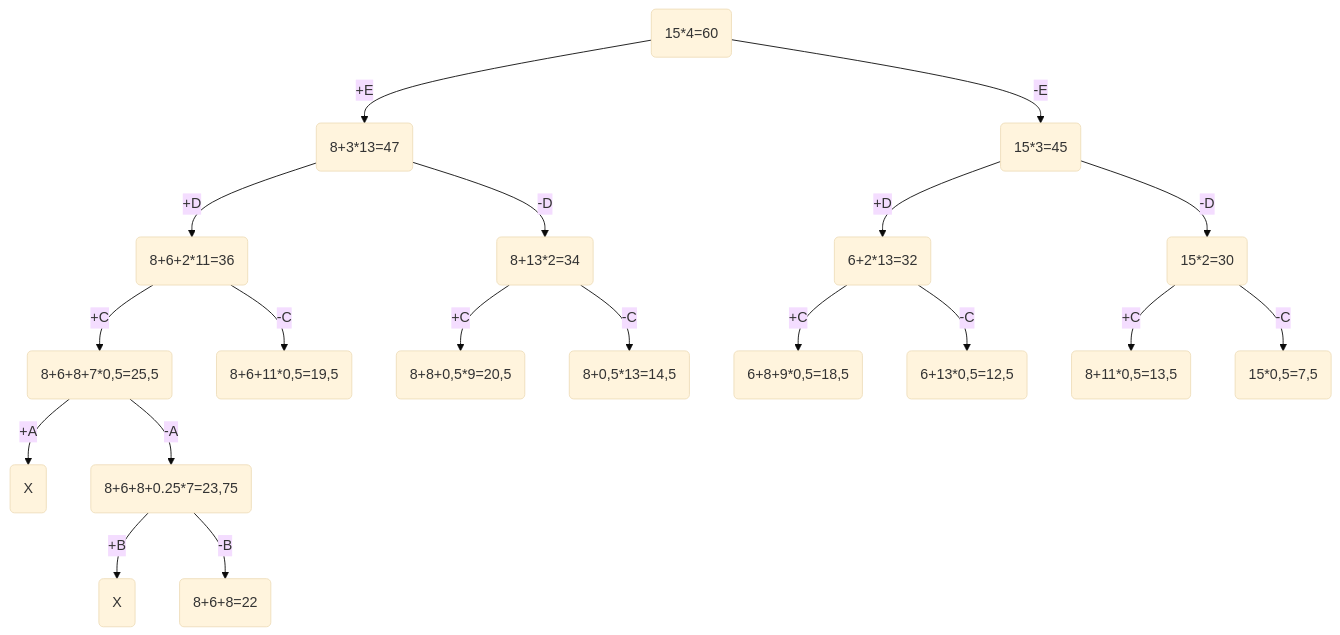
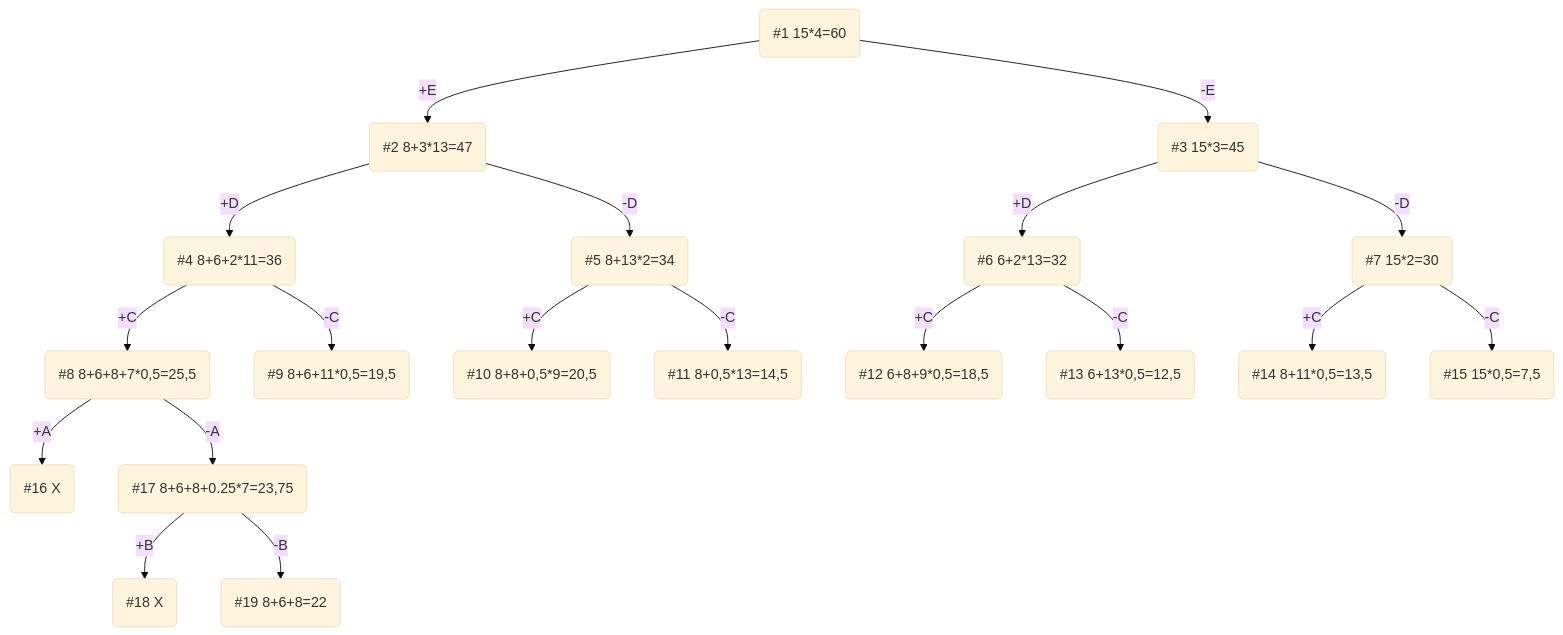
The diagram in task-11/thatsall.md (hse-algo-24-raven/manual-tasks-raven), drawn with Mermaid (base theme) before and after one commit.

Commit message:
Добавили нумерацию веток дерева (в каком порядке рассматривали)

````diff
--- a/task-11/thatsall.md
+++ b/task-11/thatsall.md
@@ -38,21 +38,21 @@
 ```mermaid
 graph TB
-    1(15*4=60)-->|-E|2(15*3=45)
-    1-->|+E|3(8+3*13=47)
-    3-->|-D|4(8+13*2=34)
-    3-->|+D|5(8+6+2*11=36)
-    5-->|+C|6(8+6+8+7*0,5=25,5)
-    5-->|-C|7(8+6+11*0,5=19,5)
-    2-->|+D|8(6+2*13=32)
-    2-->|-D|9(15*2=30)
-    8-->|+C|18(6+8+9*0,5=18,5)
-    8-->|-C|19(6+13*0,5=12,5)
-    9-->|+C|20(8+11*0,5=13,5)
-    9-->|-C|21(15*0,5=7,5)
-    6-->|+A|10(X)
-    6-->|-A|11(8+6+8+0.25*7=23,75)
-    11-->|+B|22(X)
-    11-->|-B|23(8+6+8=22)
-    4-->|+C|12(8+8+0,5*9=20,5)
-    4-->|-C|13(8+0,5*13=14,5)
+    1(#1 15*4=60)-->|-E|2(#3 15*3=45)
+    1-->|+E|3(#2 8+3*13=47)
+    3-->|-D|4(#5 8+13*2=34)
+    3-->|+D|5(#4 8+6+2*11=36)
+    5-->|+C|6(#8 8+6+8+7*0,5=25,5)
+    5-->|-C|7(#9 8+6+11*0,5=19,5)
+    2-->|+D|8(#6 6+2*13=32)
+    2-->|-D|9(#7 15*2=30)
+    8-->|+C|18(#12 6+8+9*0,5=18,5)
+    8-->|-C|19(#13 6+13*0,5=12,5)
+    9-->|+C|20(#14 8+11*0,5=13,5)
+    9-->|-C|21(#15 15*0,5=7,5)
+    6-->|+A|10(#16 X)
+    6-->|-A|11(#17 8+6+8+0.25*7=23,75)
+    11-->|+B|22(#18 X)
+    11-->|-B|23(#19 8+6+8=22)
+    4-->|+C|12(#10 8+8+0,5*9=20,5)
+    4-->|-C|13(#11 8+0,5*13=14,5)
 ```
````
